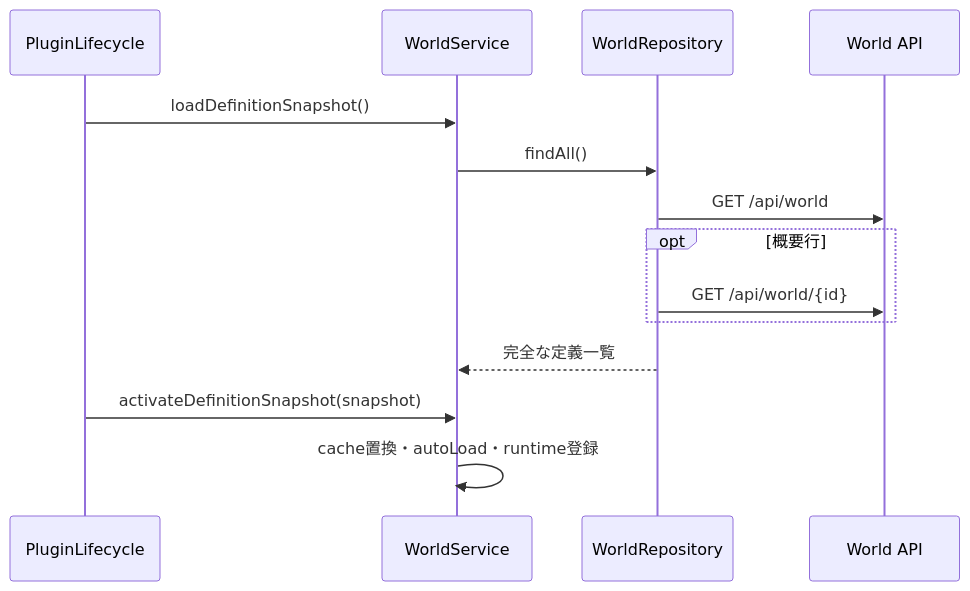
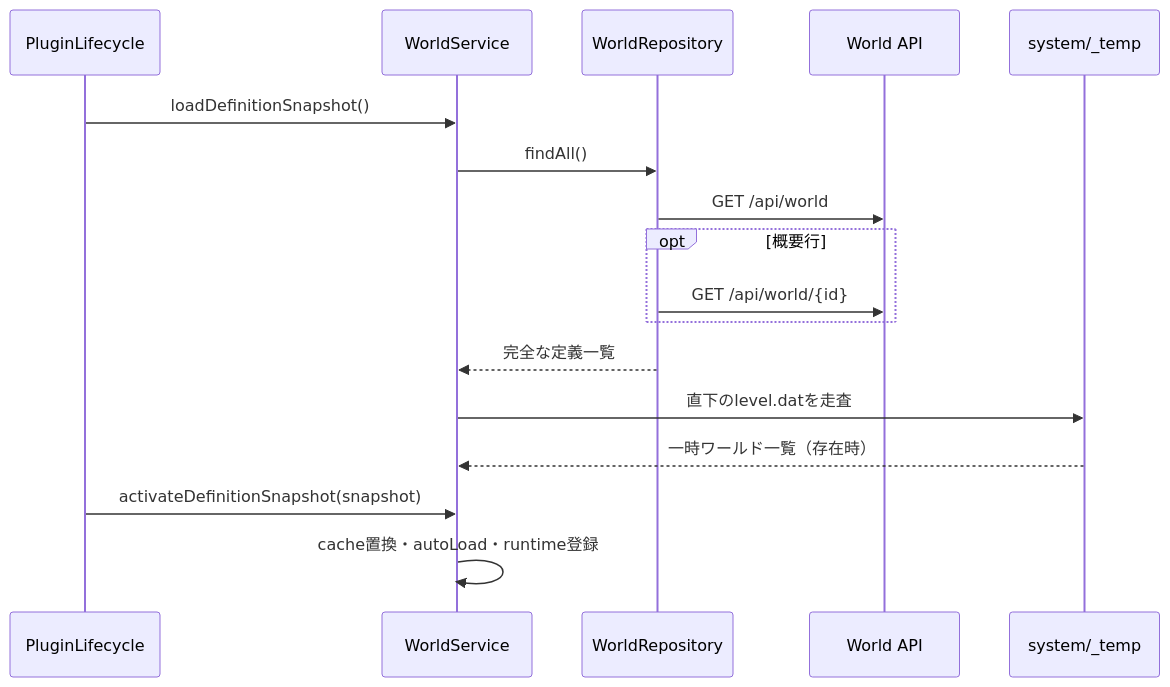
One commit to maaasu/AstralRecord-Workspace changed the first of 6 diagrams in 00_docs/10_Plugin設計書/feature/17-world/17_4-統合フロー.md. Above: the diagram before and after it, drawn with Mermaid. The commit also changed other lines of this file and 16 other files, not shown here.

````diff
--- a/00_docs/10_Plugin設計書/feature/17-world/17_4-統合フロー.md
+++ b/00_docs/10_Plugin設計書/feature/17-world/17_4-統合フロー.md
@@ -7,16 +7,19 @@
 ```mermaid
 sequenceDiagram
     participant Lifecycle as PluginLifecycle
     participant World as WorldService
     participant Repo as WorldRepository
     participant API as World API
+    participant Temp as system/_temp
     Lifecycle->>World: loadDefinitionSnapshot()
     World->>Repo: findAll()
     Repo->>API: GET /api/world
     opt 概要行
         Repo->>API: GET /api/world/{id}
     end
     Repo-->>World: 完全な定義一覧
+    World->>Temp: 直下のlevel.datを走査
+    Temp-->>World: 一時ワールド一覧（存在時）
     Lifecycle->>World: activateDefinitionSnapshot(snapshot)
     World->>World: cache置換・autoLoad・runtime登録
 ```
````
